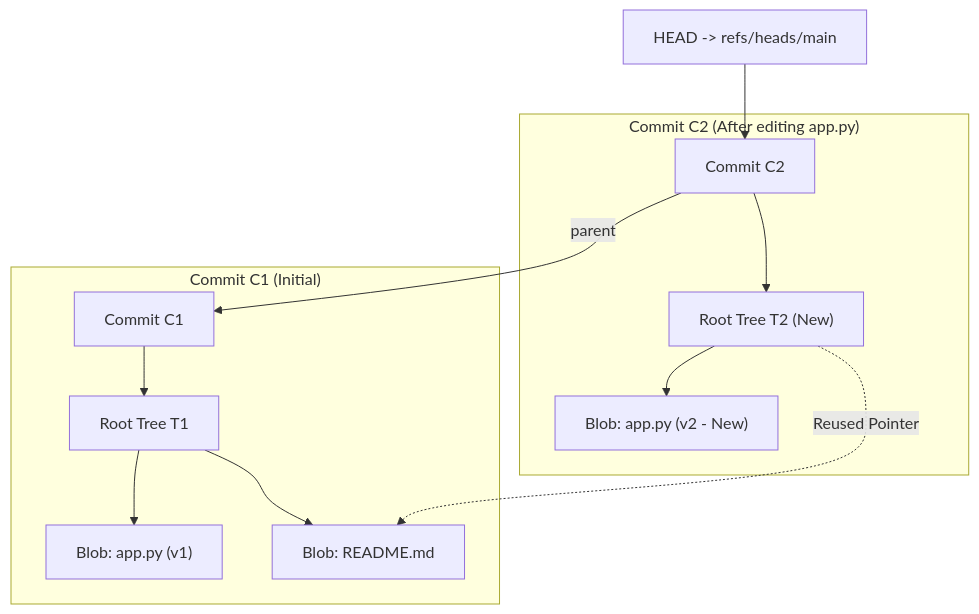
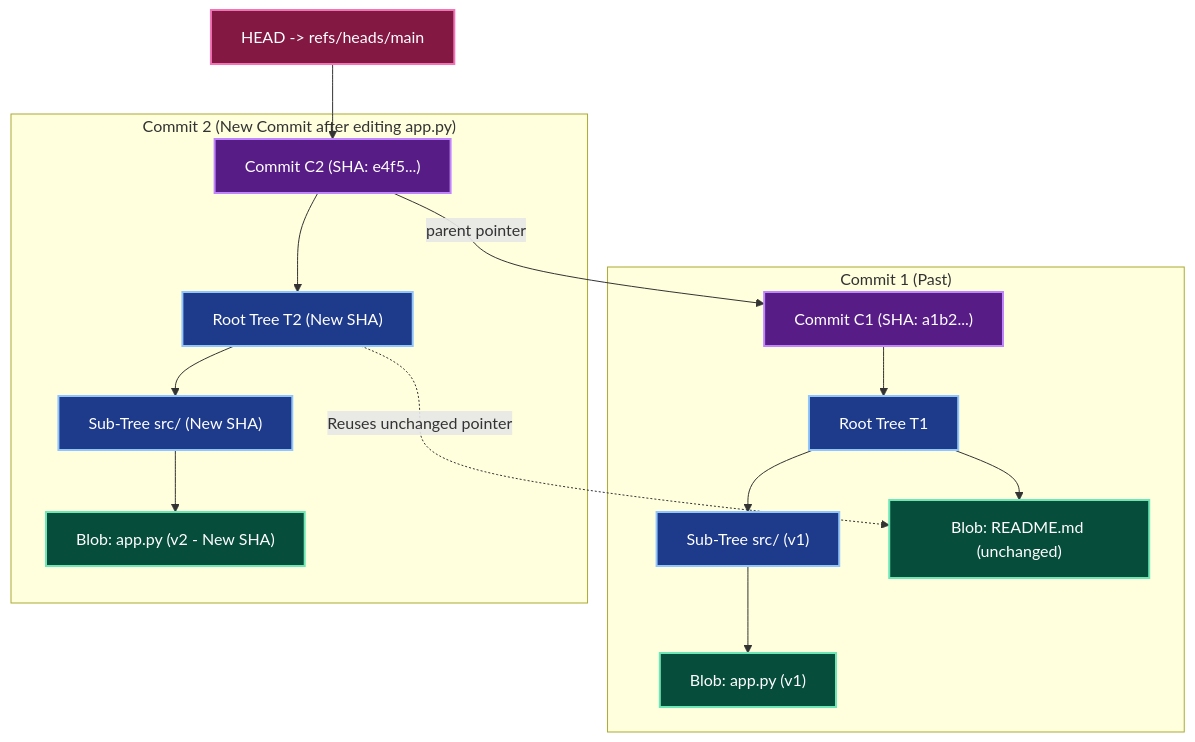
Before and after one commit to Chandrasen74/obsidian-hermes: the fifth of 5 diagrams in 01-Projects/Learn/Lessons/Git-Internals-Blobs-Trees-Commits.md, drawn with Mermaid. The commit also changed other lines of this file, not shown here.

Commit message:
docs(learn): add full visual diagrams and spaced repetition deck

````diff
--- a/01-Projects/Learn/Lessons/Git-Internals-Blobs-Trees-Commits.md
+++ b/01-Projects/Learn/Lessons/Git-Internals-Blobs-Trees-Commits.md
@@ -93,17 +107,35 @@
 ```mermaid
 flowchart TD
-    subgraph Commit1 ["Commit C1 (Initial)"]
-        C1["Commit C1"] --> T1["Root Tree T1"]
-        T1 --> B_old["Blob: app.py (v1)"]
-        T1 --> B_read["Blob: README.md"]
+    classDef commit fill:#581c87,stroke:#c084fc,stroke-width:2px,color:#fff;
+    classDef tree fill:#1e3a8a,stroke:#93c5fd,stroke-width:2px,color:#fff;
+    classDef blob fill:#064e3b,stroke:#6ee7b7,stroke-width:2px,color:#fff;
+    classDef ref fill:#831843,stroke:#f472b6,stroke-width:2px,color:#fff;
+
+    subgraph Commit1 ["Commit 1 (Past)"]
+        C1["Commit C1 (SHA: a1b2...)"]:::commit
+        T1_Root["Root Tree T1"]:::tree
+        T1_Src["Sub-Tree src/ (v1)"]:::tree
+        B_App_v1["Blob: app.py (v1)"]:::blob
+        B_Readme["Blob: README.md (unchanged)"]:::blob
+        
+        C1 --> T1_Root
+        T1_Root --> B_Readme
+        T1_Root --> T1_Src
+        T1_Src --> B_App_v1
     end
 
-    subgraph Commit2 ["Commit C2 (After editing app.py)"]
-        C2["Commit C2"] -->|parent| C1
-        C2 --> T2["Root Tree T2 (New)"]
-        T2 --> B_new["Blob: app.py (v2 - New)"]
-        T2 -.->|Reused Pointer| B_read
+    subgraph Commit2 ["Commit 2 (New Commit after editing app.py)"]
+        C2["Commit C2 (SHA: e4f5...)"]:::commit
+        T2_Root["Root Tree T2 (New SHA)"]:::tree
+        T2_Src["Sub-Tree src/ (New SHA)"]:::tree
+        B_App_v2["Blob: app.py (v2 - New SHA)"]:::blob
+
+        C2 -->|parent pointer| C1
+        C2 --> T2_Root
+        T2_Root -.->|Reuses unchanged pointer| B_Readme
+        T2_Root --> T2_Src
+        T2_Src --> B_App_v2
     end
 
-    HEAD["HEAD -> refs/heads/main"] --> C2
+    HEAD["HEAD -> refs/heads/main"]:::ref --> C2
 ```
````
